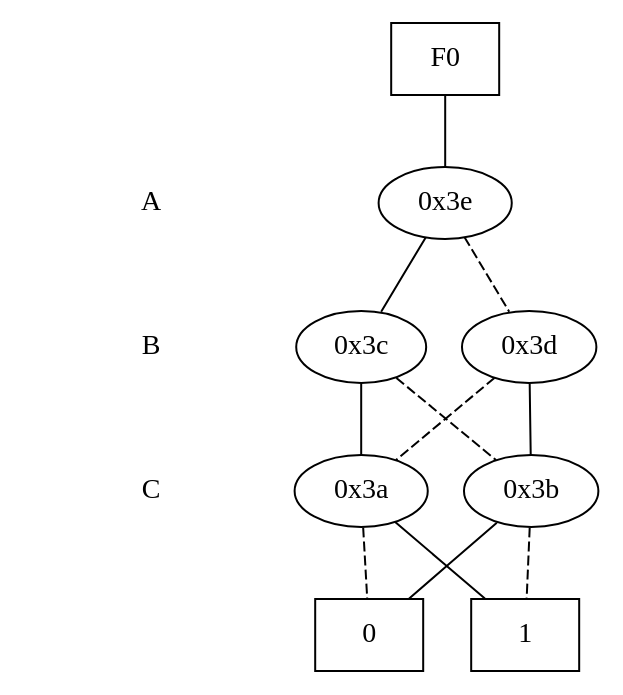
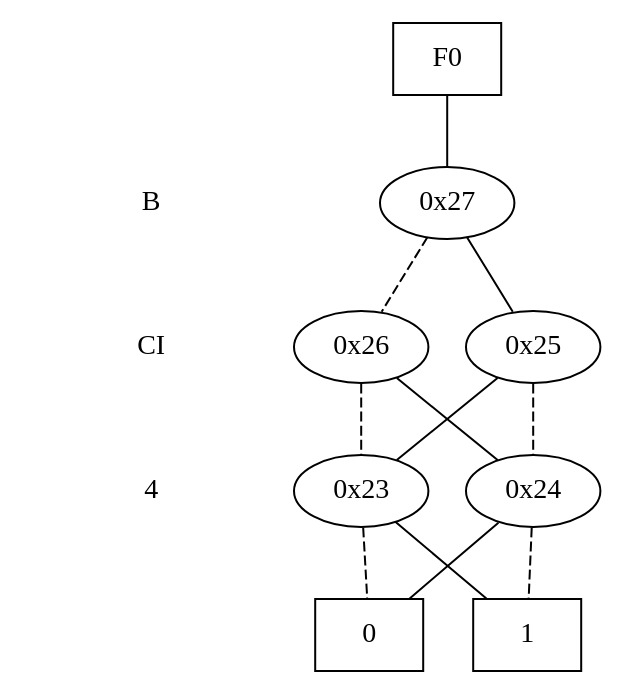
The diagram in tool/bdd_output/add2d1.dot (DimitrisT1804/algorithm_cad1_project), drawn with Graphviz before and after one commit. The commit also changed 8 other files, not shown here.

```diff
--- a/tool/bdd_output/add2d1.dot
+++ b/tool/bdd_output/add2d1.dot
@@ -1,41 +1,41 @@
 digraph "DD" {
 size = "7.5,10"
 center = true;
 edge [dir = none];
 { node [shape = plaintext];
   edge [style = invis];
   "CONST NODES" [style = invis];
-" A " -> " B " -> " C " -> "CONST NODES"; 
+" B " -> " CI " -> " 4 " -> "CONST NODES"; 
 }
 { rank = same; node [shape = box]; edge [style = invis];
 "F0"; }
-{ rank = same; " A ";
-"0x3e";
+{ rank = same; " B ";
+"0x27";
 }
-{ rank = same; " B ";
-"0x3c";
-"0x3d";
+{ rank = same; " CI ";
+"0x26";
+"0x25";
 }
-{ rank = same; " C ";
-"0x3a";
-"0x3b";
+{ rank = same; " 4 ";
+"0x23";
+"0x24";
 }
 { rank = same; "CONST NODES";
-{ node [shape = box]; "0x2f";
-"0x2e";
+{ node [shape = box]; "0x18";
+"0x17";
 }
 }
-"F0" -> "0x3e" [style = solid];
-"0x3e" -> "0x3c";
-"0x3e" -> "0x3d" [style = dashed];
-"0x3c" -> "0x3a";
-"0x3c" -> "0x3b" [style = dashed];
-"0x3d" -> "0x3b";
-"0x3d" -> "0x3a" [style = dashed];
-"0x3a" -> "0x2e";
-"0x3a" -> "0x2f" [style = dashed];
-"0x3b" -> "0x2f";
-"0x3b" -> "0x2e" [style = dashed];
-"0x2f" [label = "0"];
-"0x2e" [label = "1"];
+"F0" -> "0x27" [style = solid];
+"0x27" -> "0x25";
+"0x27" -> "0x26" [style = dashed];
+"0x26" -> "0x24";
+"0x26" -> "0x23" [style = dashed];
+"0x25" -> "0x23";
+"0x25" -> "0x24" [style = dashed];
+"0x23" -> "0x17";
+"0x23" -> "0x18" [style = dashed];
+"0x24" -> "0x18";
+"0x24" -> "0x17" [style = dashed];
+"0x18" [label = "0"];
+"0x17" [label = "1"];
 }
```
